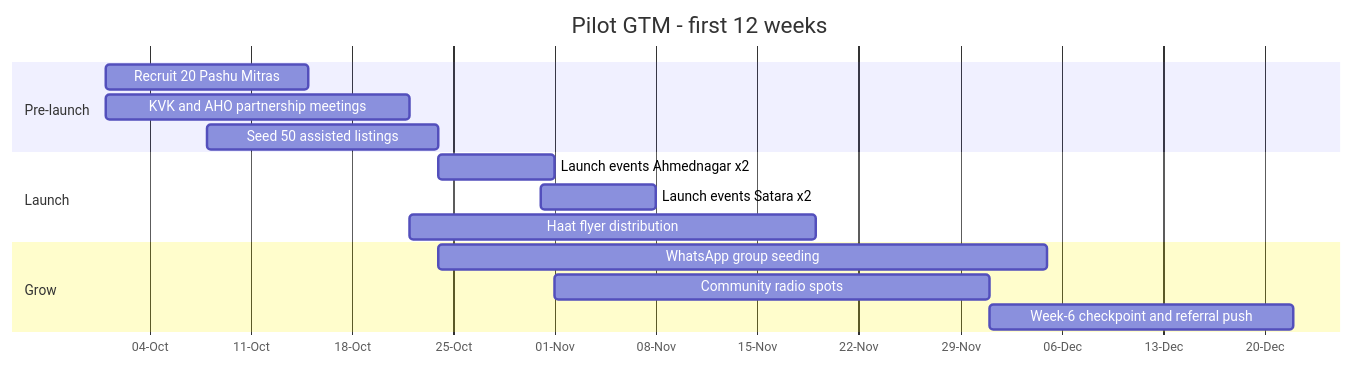
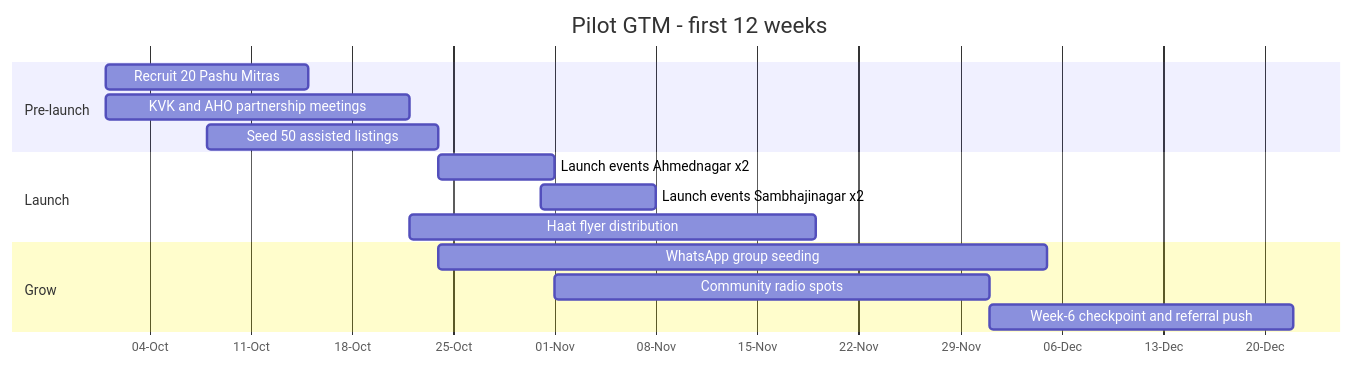
One commit to abhishekSonawane97/pashusetu changed the third of 3 diagrams in docs/02-research/README.md. Above: the diagram before and after it, drawn with Mermaid. The commit also changed other lines of this file and 5 other files, not shown here.

````diff
--- a/docs/02-research/README.md
+++ b/docs/02-research/README.md
@@ -307,18 +309,18 @@
 ```mermaid
 gantt
     title Pilot GTM - first 12 weeks
     dateFormat YYYY-MM-DD
     axisFormat %d-%b
     section Pre-launch
     Recruit 20 Pashu Mitras            :2026-10-01, 14d
     KVK and AHO partnership meetings   :2026-10-01, 21d
     Seed 50 assisted listings          :2026-10-08, 16d
     section Launch
     Launch events Ahmednagar x2        :2026-10-24, 8d
-    Launch events Satara x2            :2026-10-31, 8d
+    Launch events Sambhajinagar x2     :2026-10-31, 8d
     Haat flyer distribution            :2026-10-22, 28d
     section Grow
     WhatsApp group seeding             :2026-10-24, 42d
     Community radio spots              :2026-11-01, 30d
     Week-6 checkpoint and referral push :2026-12-01, 21d
 ```
````
